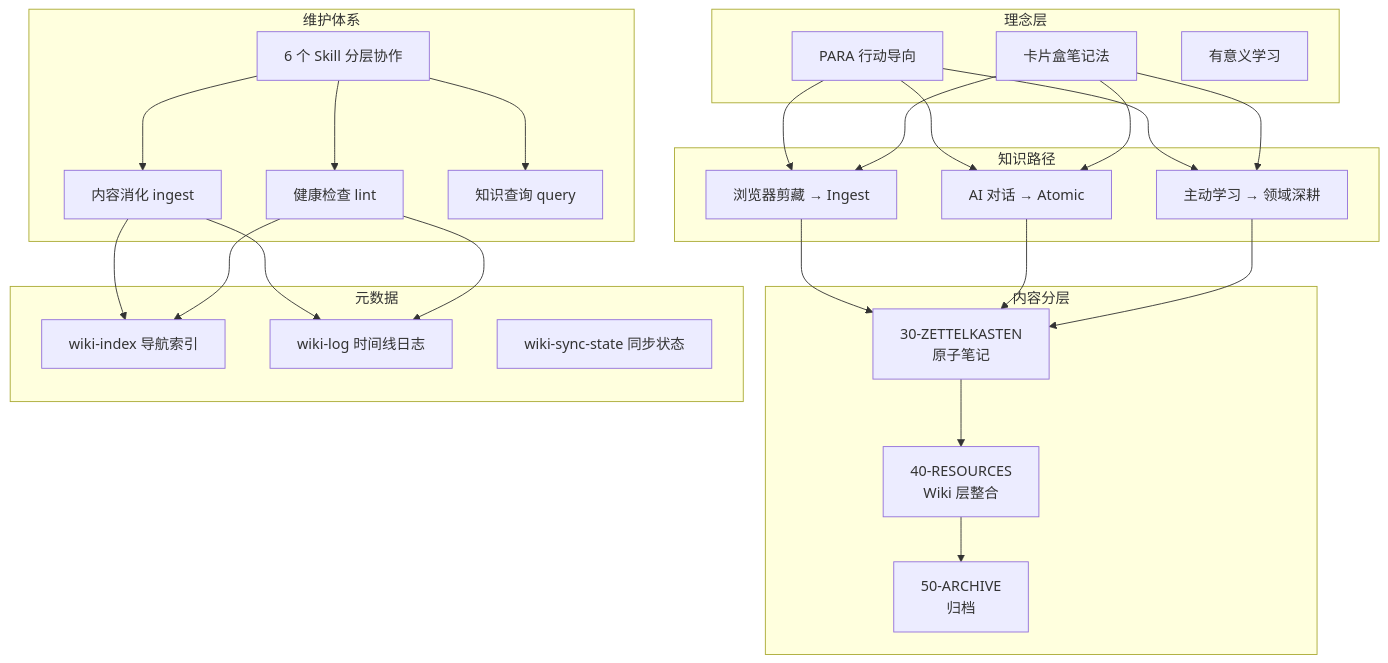
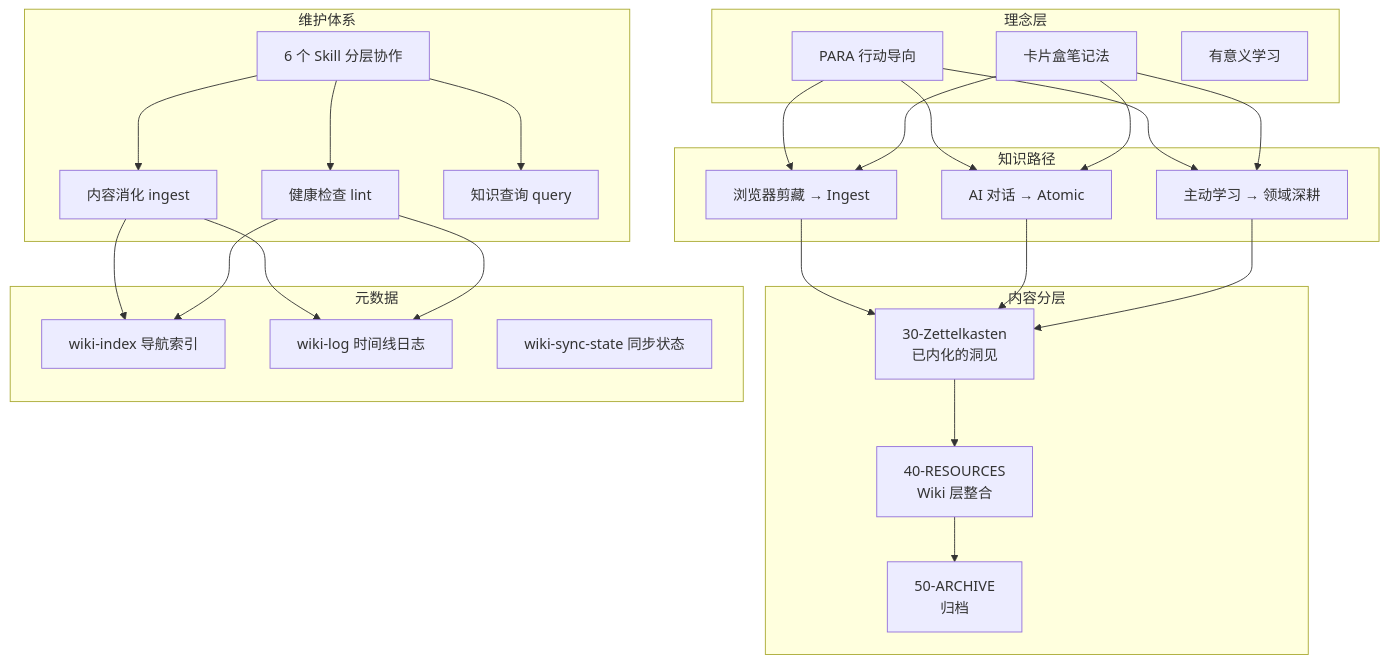
Before and after one commit to pedyc/dg.pedyc: the diagram in content/00-META/Guide/本库指南.md, drawn with Mermaid. The commit also changed other lines of this file and 36 other files, not shown here.

````diff
--- a/content/00-META/Guide/本库指南.md
+++ b/content/00-META/Guide/本库指南.md
@@ -179,39 +179,39 @@
 ```mermaid
 flowchart TB
     subgraph 理念层
         PARA[PARA 行动导向]
         ZK[卡片盒笔记法]
         ML[有意义学习]
     end
 
     subgraph 知识路径
         PATH1[浏览器剪藏 → Ingest]
         PATH2[AI 对话 → Atomic]
         PATH3[主动学习 → 领域深耕]
     end
 
     subgraph 内容分层
-        RAW[30-ZETTELKASTEN<br/>原子笔记]
+        RAW[30-Zettelkasten<br/>已内化的洞见]
         WIKI[40-RESOURCES<br/>Wiki 层整合]
         ARCHIVE[50-ARCHIVE<br/>归档]
     end
 
     subgraph 维护体系
         SKILL[6 个 Skill 分层协作]
         LINT[健康检查 lint]
         INGEST[内容消化 ingest]
         QUERY[知识查询 query]
     end
 
     subgraph 元数据
         INDEX[wiki-index 导航索引]
         LOG[wiki-log 时间线日志]
         STATE[wiki-sync-state 同步状态]
     end
 
     PARA --> PATH1 & PATH2 & PATH3
     ZK --> PATH1 & PATH2 & PATH3
     PATH1 & PATH2 & PATH3 --> RAW --> WIKI --> ARCHIVE
     SKILL --> INGEST & LINT & QUERY
     INGEST & LINT --> INDEX & LOG
 ```
````
